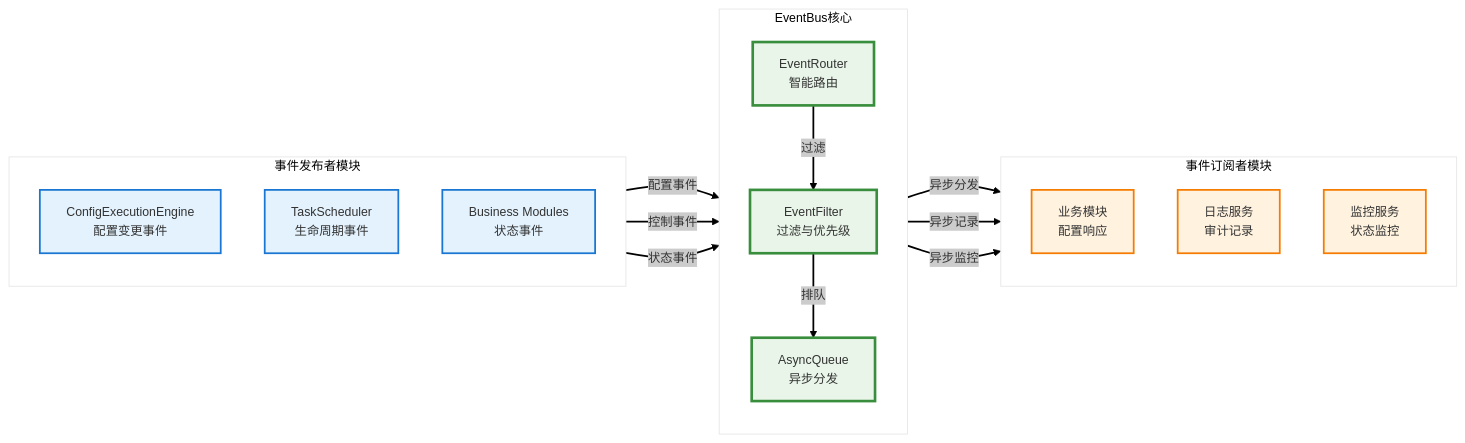
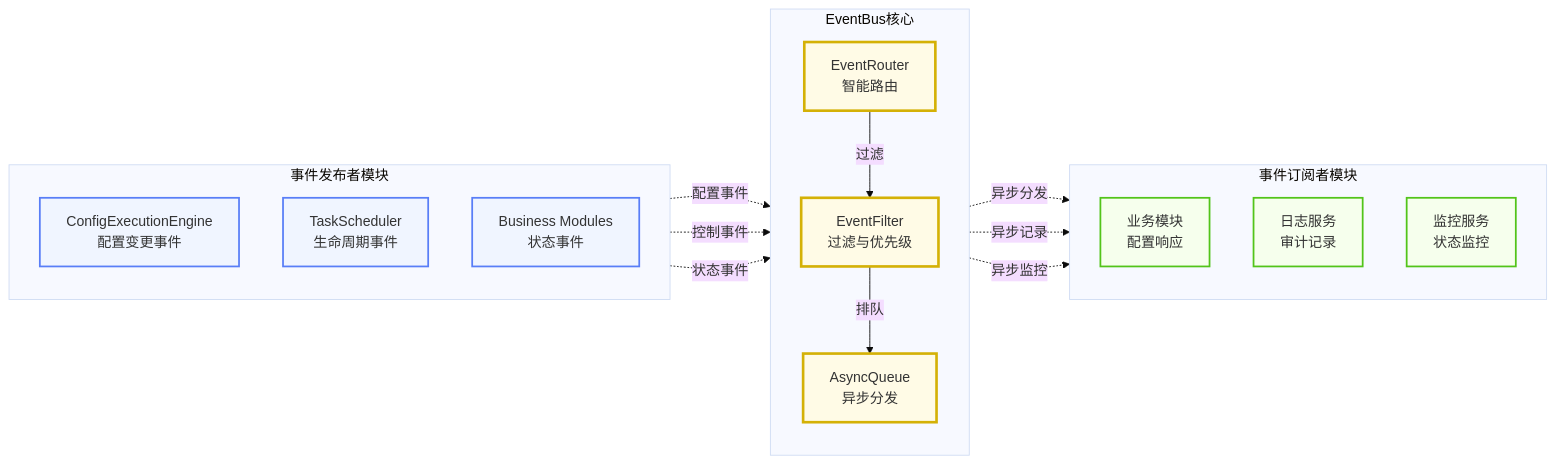
Before and after one commit to wendizhou99-cell/Radar: the fourth of 20 diagrams in docs/01_项目设计/02_模块设计/99_模块集成策略.md, drawn with Mermaid. The commit also changed other lines of this file and 26 other files, not shown here.

First line of the commit message:
docs: 完成数据架构文档系列重构和Mermaid可视化指南增强

````diff
--- a/docs/01_项目设计/02_模块设计/99_模块集成策略.md
+++ b/docs/01_项目设计/02_模块设计/99_模块集成策略.md
@@ -238,48 +346,57 @@
 ```mermaid
 ---
 config:
-  theme: neo
+  theme: base
   flowchart:
-    curve: natural
+    curve: basis
 ---
 flowchart LR
+    %% 图例说明：
+    %% 事件发布者 (淡紫): 产生事件的模块
+    %% EventBus核心 (浅黄): 事件总线内部组件
+    %% 事件订阅者 (浅绿): 接收并处理事件的模块
+
     subgraph "事件发布者模块"
         direction TB
         CONFIG[ConfigExecutionEngine<br/>配置变更事件]
         TASK[TaskScheduler<br/>生命周期事件]
         MODULE[Business Modules<br/>状态事件]
     end
 
     subgraph "EventBus核心"
         direction TB
         ROUTER[EventRouter<br/>智能路由]
         FILTER[EventFilter<br/>过滤与优先级]
         QUEUE[AsyncQueue<br/>异步分发]
     end
 
     subgraph "事件订阅者模块"
         direction TB
         BUSINESS[业务模块<br/>配置响应]
         LOG[日志服务<br/>审计记录]
         MONITOR[监控服务<br/>状态监控]
     end
 
-    CONFIG --配置事件--> ROUTER
-    TASK --控制事件--> ROUTER
-    MODULE --状态事件--> ROUTER
+    %% 事件发布流 (虚线表示事件流)
+    CONFIG -.->|配置事件| ROUTER
+    TASK -.->|控制事件| ROUTER
+    MODULE -.->|状态事件| ROUTER
 
-    ROUTER --过滤--> FILTER
-    FILTER --排队--> QUEUE
+    %% EventBus内部处理流
+    ROUTER -->|过滤| FILTER
+    FILTER -->|排队| QUEUE
 
-    QUEUE --异步分发--> BUSINESS
-    QUEUE --异步记录--> LOG
-    QUEUE --异步监控--> MONITOR
+    %% 事件订阅分发流 (虚线表示事件流)
+    QUEUE -.->|异步分发| BUSINESS
+    QUEUE -.->|异步记录| LOG
+    QUEUE -.->|异步监控| MONITOR
 
-    classDef publisher fill:#e3f2fd,stroke:#1976d2,stroke-width:2px
-    classDef eventbus fill:#e8f5e8,stroke:#388e3c,stroke-width:3px
-    classDef subscriber fill:#fff3e0,stroke:#f57c00,stroke-width:2px
+    %% 标准 classDef 模板
+    classDef publisher fill:#f0f5ff,stroke:#597ef7,stroke-width:2px
+    classDef eventbus fill:#fffbe6,stroke:#d4b106,stroke-width:3px
+    classDef subscriber fill:#f6ffed,stroke:#52c41a,stroke-width:2px
 
     class CONFIG,TASK,MODULE publisher
     class ROUTER,FILTER,QUEUE eventbus
     class BUSINESS,LOG,MONITOR subscriber
 ```
````
